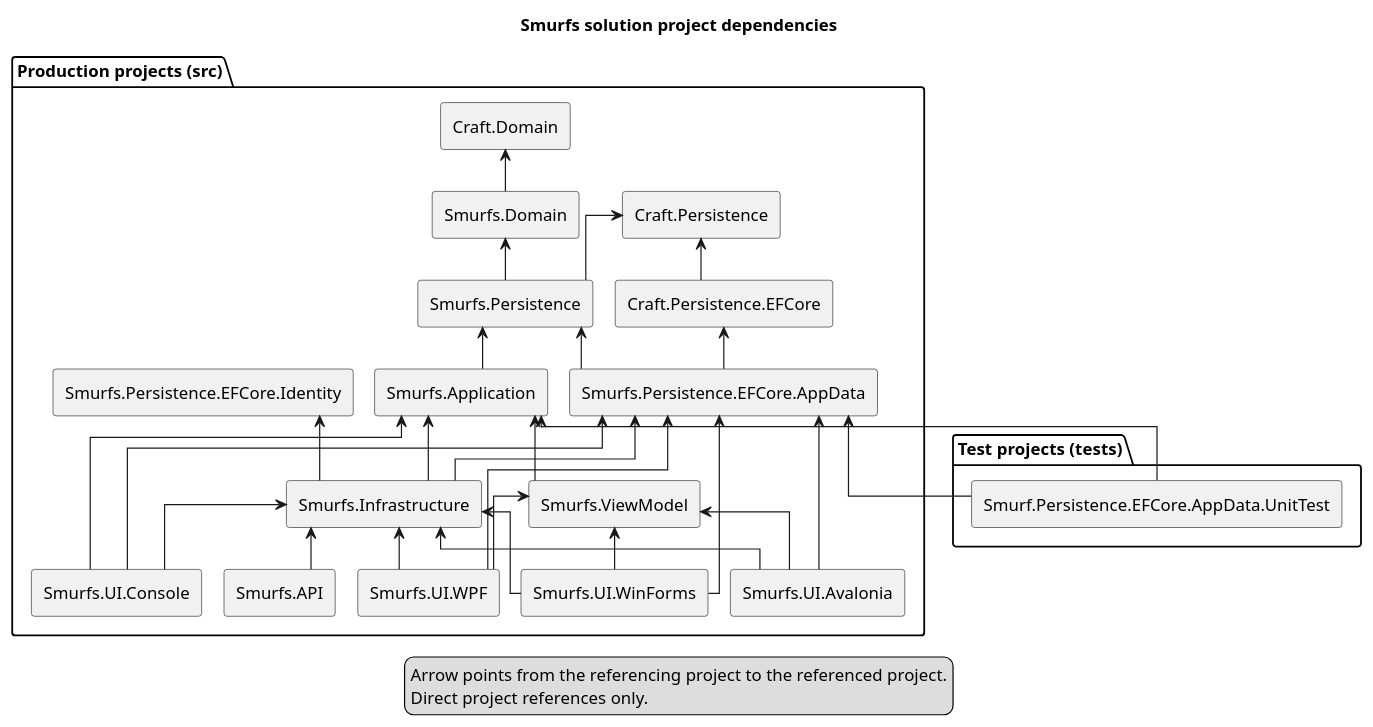
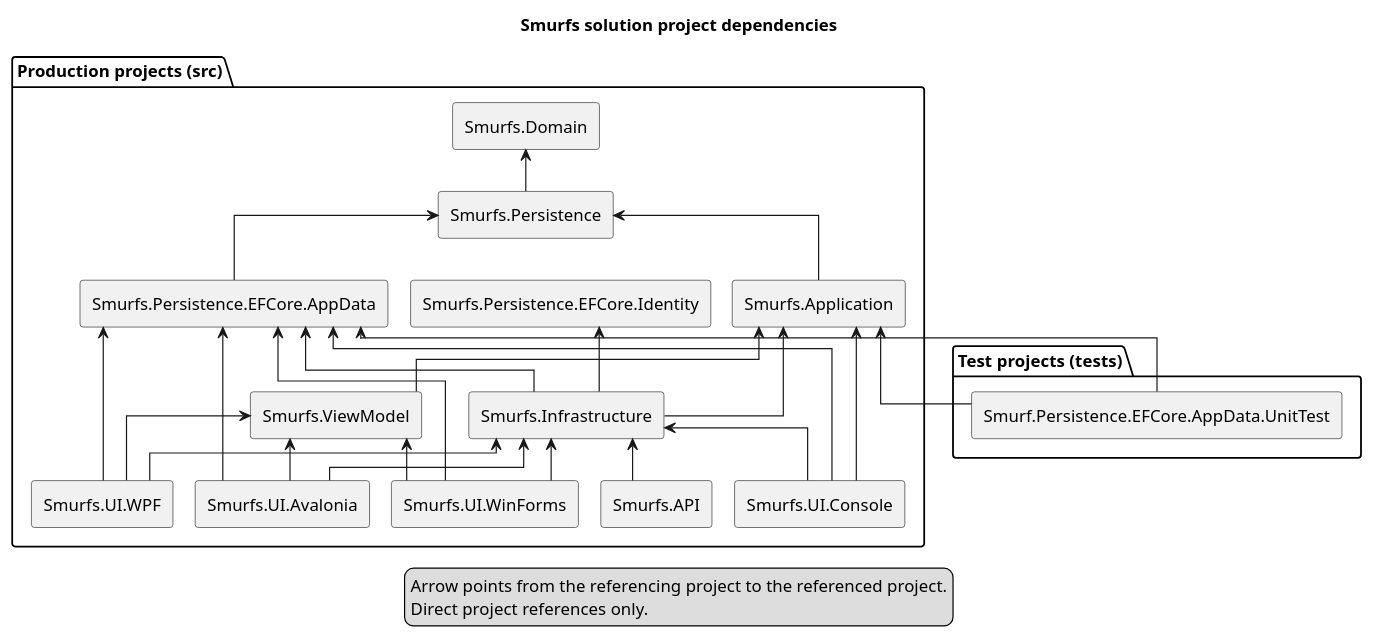
Before and after one commit to EbbeMeloSorensen/Smurfs: the diagram in docs/structural/diagrams/project-dependencies.puml, drawn with PlantUML. The commit also changed 16 other files, not shown here.

```diff
--- a/docs/structural/diagrams/project-dependencies.puml
+++ b/docs/structural/diagrams/project-dependencies.puml
@@ -1,62 +1,55 @@
 @startuml
 title Smurfs solution project dependencies
 ' Keep nodes and arrows aligned with Smurfs.sln and direct ProjectReference items.
 skinparam componentStyle rectangle
 skinparam linetype ortho
 skinparam nodesep 18
 skinparam ranksep 35
 
 package "Production projects (src)" {
-  component "Craft.Domain" as Craft_Domain
-  component "Craft.Persistence" as Craft_Persistence
-  component "Craft.Persistence.EFCore" as Craft_Persistence_EFCore
   component "Smurfs.API" as Smurfs_API
   component "Smurfs.Application" as Smurfs_Application
   component "Smurfs.Domain" as Smurfs_Domain
   component "Smurfs.Infrastructure" as Smurfs_Infrastructure
   component "Smurfs.Persistence" as Smurfs_Persistence
   component "Smurfs.Persistence.EFCore.AppData" as Smurfs_Persistence_EFCore_AppData
   component "Smurfs.Persistence.EFCore.Identity" as Smurfs_Persistence_EFCore_Identity
   component "Smurfs.UI.Avalonia" as Smurfs_UI_Avalonia
   component "Smurfs.UI.Console" as Smurfs_UI_Console
   component "Smurfs.UI.WinForms" as Smurfs_UI_WinForms
   component "Smurfs.UI.WPF" as Smurfs_UI_WPF
   component "Smurfs.ViewModel" as Smurfs_ViewModel
 }
 
 package "Test projects (tests)" {
   component "Smurf.Persistence.EFCore.AppData.UnitTest" as Smurf_Persistence_EFCore_AppData_UnitTest
 }
 
-Craft_Persistence_EFCore -up-> Craft_Persistence
 Smurfs_API -up-> Smurfs_Infrastructure
 Smurfs_Application -up-> Smurfs_Persistence
-Smurfs_Domain -up-> Craft_Domain
 Smurfs_Infrastructure -up-> Smurfs_Application
 Smurfs_Infrastructure -up-> Smurfs_Persistence_EFCore_AppData
 Smurfs_Infrastructure -up-> Smurfs_Persistence_EFCore_Identity
-Smurfs_Persistence -up-> Craft_Persistence
 Smurfs_Persistence -up-> Smurfs_Domain
-Smurfs_Persistence_EFCore_AppData -up-> Craft_Persistence_EFCore
 Smurfs_Persistence_EFCore_AppData -up-> Smurfs_Persistence
 Smurfs_UI_Avalonia -up-> Smurfs_Infrastructure
 Smurfs_UI_Avalonia -up-> Smurfs_Persistence_EFCore_AppData
 Smurfs_UI_Avalonia -up-> Smurfs_ViewModel
 Smurfs_UI_Console -up-> Smurfs_Application
 Smurfs_UI_Console -up-> Smurfs_Infrastructure
 Smurfs_UI_Console -up-> Smurfs_Persistence_EFCore_AppData
 Smurfs_UI_WinForms -up-> Smurfs_Infrastructure
 Smurfs_UI_WinForms -up-> Smurfs_Persistence_EFCore_AppData
 Smurfs_UI_WinForms -up-> Smurfs_ViewModel
 Smurfs_UI_WPF -up-> Smurfs_Infrastructure
 Smurfs_UI_WPF -up-> Smurfs_Persistence_EFCore_AppData
 Smurfs_UI_WPF -up-> Smurfs_ViewModel
 Smurfs_ViewModel -up-> Smurfs_Application
 Smurf_Persistence_EFCore_AppData_UnitTest -up-> Smurfs_Application
 Smurf_Persistence_EFCore_AppData_UnitTest -up-> Smurfs_Persistence_EFCore_AppData
 
 legend bottom
   Arrow points from the referencing project to the referenced project.
   Direct project references only.
 endlegend
 @enduml
```
